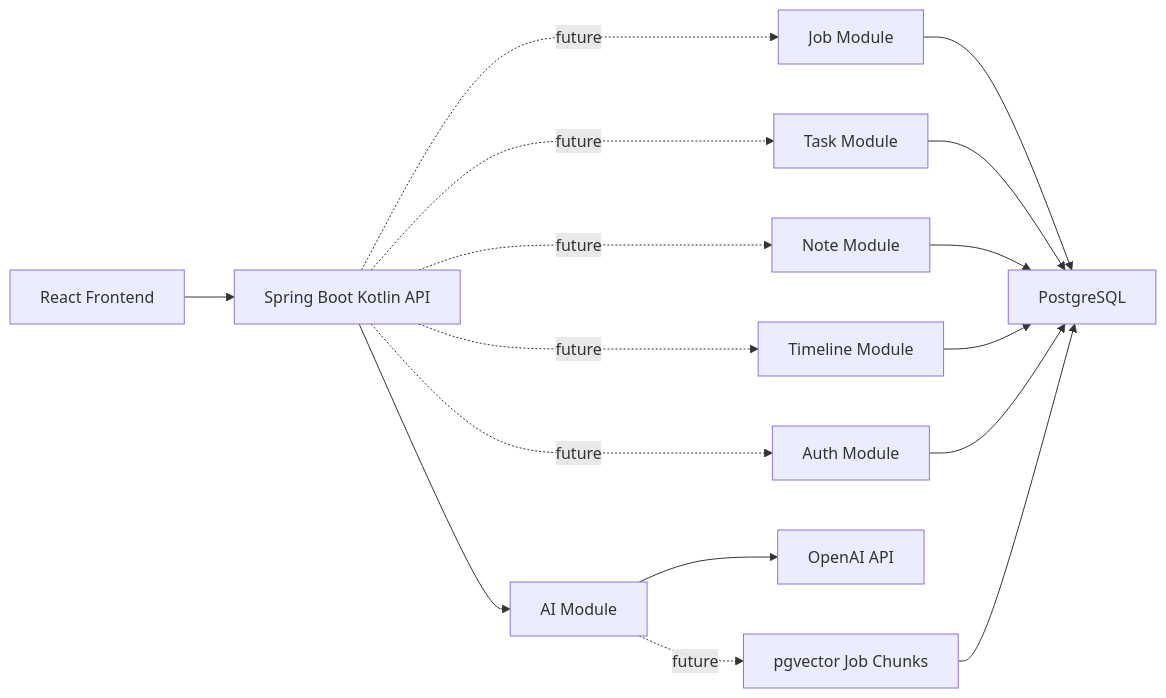
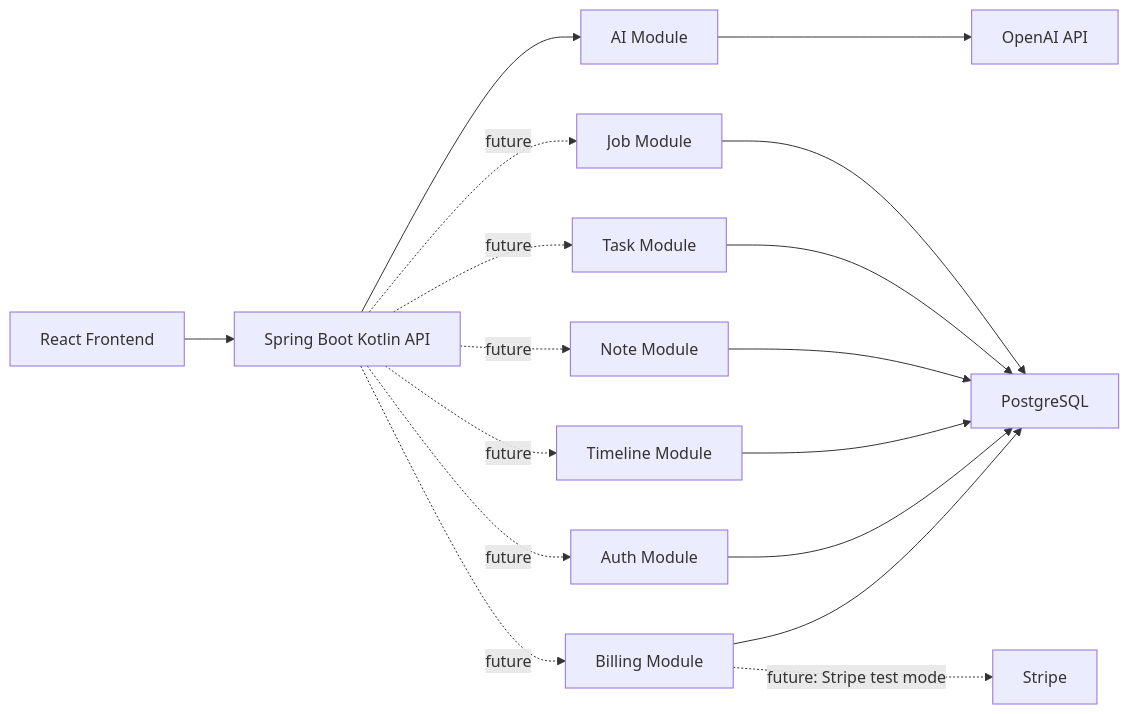
Before and after one commit to deepanrajj/ai-job-assistant: the second of 4 diagrams in docs/architecture.md, drawn with Mermaid. The commit also changed other lines of this file and 77 other files, not shown here.

First line of the commit message:
chore(): updated application roadmap (#2)

````diff
--- a/docs/architecture.md
+++ b/docs/architecture.md
@@ -27,21 +27,21 @@
 ```mermaid
 flowchart LR
   Frontend["React Frontend"] --> Api["Spring Boot Kotlin API"]
 
   Api --> AiModule["AI Module"]
   Api -. future .-> JobModule["Job Module"]
   Api -. future .-> TaskModule["Task Module"]
   Api -. future .-> NoteModule["Note Module"]
   Api -. future .-> TimelineModule["Timeline Module"]
   Api -. future .-> AuthModule["Auth Module"]
+  Api -. future .-> BillingModule["Billing Module"]
 
   AiModule --> OpenAI["OpenAI API"]
   JobModule --> Database["PostgreSQL"]
   TaskModule --> Database
   NoteModule --> Database
   TimelineModule --> Database
   AuthModule --> Database
-
-  AiModule -. future .-> VectorStore["pgvector Job Chunks"]
-  VectorStore --> Database
+  BillingModule --> Database
+  BillingModule -. "future: Stripe test mode" .-> Stripe["Stripe"]
 ```
````
